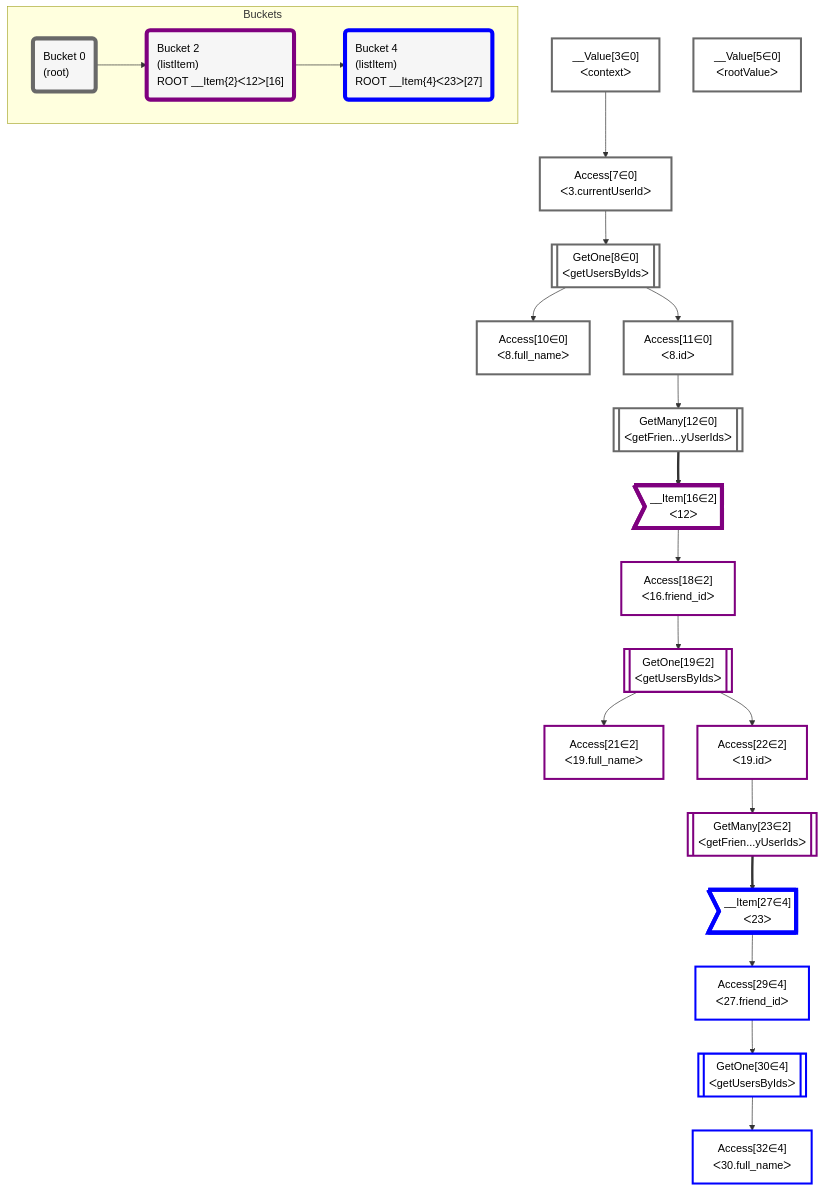
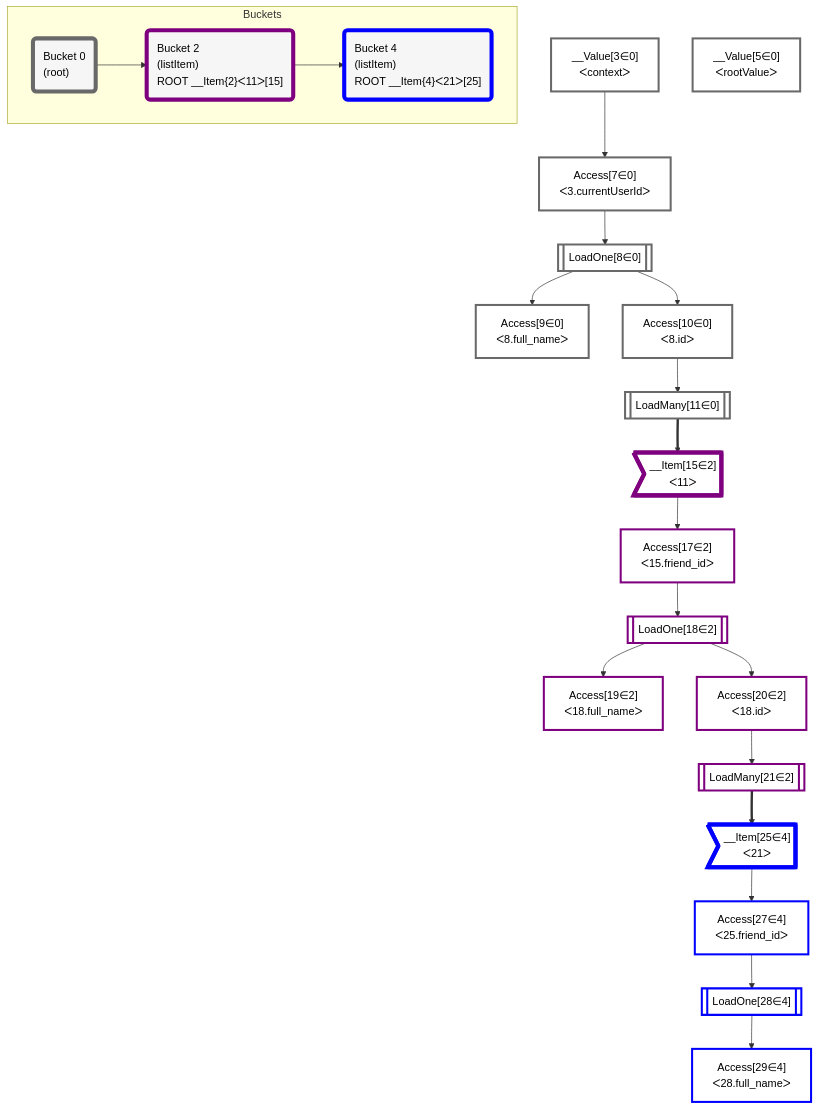
Before and after one commit to graphile/crystal: the diagram in grafast/website/examples/users-and-friends/plan.mermaid, drawn with Mermaid.

Commit message:
Update plan

```diff
--- a/grafast/website/examples/users-and-friends/plan.mermaid
+++ b/grafast/website/examples/users-and-friends/plan.mermaid
@@ -1,57 +1,57 @@
 flowchart TD
     classDef path fill:#eee,stroke:#000,color:#000
     classDef plan fill:#fff,stroke-width:3px,color:#000
     classDef itemplan fill:#fff,stroke-width:6px,color:#000
     classDef sideeffectplan fill:#f00,stroke-width:6px,color:#000
     classDef bucket fill:#f6f6f6,color:#000,stroke-width:6px,text-align:left
 
 
     %% define steps
     __Value3["__Value[3∈0]<br />ᐸcontextᐳ"]:::plan
     __Value5["__Value[5∈0]<br />ᐸrootValueᐳ"]:::plan
     Access7["Access[7∈0]<br />ᐸ3.currentUserIdᐳ"]:::plan
-    GetOne8[["GetOne[8∈0]<br />ᐸgetUsersByIdsᐳ"]]:::plan
-    Access10["Access[10∈0]<br />ᐸ8.full_nameᐳ"]:::plan
-    Access11["Access[11∈0]<br />ᐸ8.idᐳ"]:::plan
-    GetMany12[["GetMany[12∈0]<br />ᐸgetFrien...yUserIdsᐳ"]]:::plan
-    __Item16>"__Item[16∈2]<br />ᐸ12ᐳ"]:::itemplan
-    Access18["Access[18∈2]<br />ᐸ16.friend_idᐳ"]:::plan
-    GetOne19[["GetOne[19∈2]<br />ᐸgetUsersByIdsᐳ"]]:::plan
-    Access21["Access[21∈2]<br />ᐸ19.full_nameᐳ"]:::plan
-    Access22["Access[22∈2]<br />ᐸ19.idᐳ"]:::plan
-    GetMany23[["GetMany[23∈2]<br />ᐸgetFrien...yUserIdsᐳ"]]:::plan
-    __Item27>"__Item[27∈4]<br />ᐸ23ᐳ"]:::itemplan
-    Access29["Access[29∈4]<br />ᐸ27.friend_idᐳ"]:::plan
-    GetOne30[["GetOne[30∈4]<br />ᐸgetUsersByIdsᐳ"]]:::plan
-    Access32["Access[32∈4]<br />ᐸ30.full_nameᐳ"]:::plan
+    LoadOne8[["LoadOne[8∈0]"]]:::plan
+    Access9["Access[9∈0]<br />ᐸ8.full_nameᐳ"]:::plan
+    Access10["Access[10∈0]<br />ᐸ8.idᐳ"]:::plan
+    LoadMany11[["LoadMany[11∈0]"]]:::plan
+    __Item15>"__Item[15∈2]<br />ᐸ11ᐳ"]:::itemplan
+    Access17["Access[17∈2]<br />ᐸ15.friend_idᐳ"]:::plan
+    LoadOne18[["LoadOne[18∈2]"]]:::plan
+    Access19["Access[19∈2]<br />ᐸ18.full_nameᐳ"]:::plan
+    Access20["Access[20∈2]<br />ᐸ18.idᐳ"]:::plan
+    LoadMany21[["LoadMany[21∈2]"]]:::plan
+    __Item25>"__Item[25∈4]<br />ᐸ21ᐳ"]:::itemplan
+    Access27["Access[27∈4]<br />ᐸ25.friend_idᐳ"]:::plan
+    LoadOne28[["LoadOne[28∈4]"]]:::plan
+    Access29["Access[29∈4]<br />ᐸ28.full_nameᐳ"]:::plan
 
     %% plan dependencies
     __Value3 --> Access7
-    Access7 --> GetOne8
-    GetOne8 --> Access10
-    GetOne8 --> Access11
-    Access11 --> GetMany12
-    GetMany12 ==> __Item16
-    __Item16 --> Access18
-    Access18 --> GetOne19
-    GetOne19 --> Access21
-    GetOne19 --> Access22
-    Access22 --> GetMany23
-    GetMany23 ==> __Item27
-    __Item27 --> Access29
-    Access29 --> GetOne30
-    GetOne30 --> Access32
+    Access7 --> LoadOne8
+    LoadOne8 --> Access9
+    LoadOne8 --> Access10
+    Access10 --> LoadMany11
+    LoadMany11 ==> __Item15
+    __Item15 --> Access17
+    Access17 --> LoadOne18
+    LoadOne18 --> Access19
+    LoadOne18 --> Access20
+    Access20 --> LoadMany21
+    LoadMany21 ==> __Item25
+    __Item25 --> Access27
+    Access27 --> LoadOne28
+    LoadOne28 --> Access29
 
     subgraph Buckets
     Bucket0("Bucket 0<br />(root)"):::bucket
     classDef bucket0 stroke:#696969
-    class Bucket0,__Value3,__Value5,Access7,GetOne8,Access10,Access11,GetMany12 bucket0
-    Bucket2("Bucket 2<br />(listItem)<br />ROOT __Item{2}ᐸ12ᐳ[16]"):::bucket
+    class Bucket0,__Value3,__Value5,Access7,LoadOne8,Access9,Access10,LoadMany11 bucket0
+    Bucket2("Bucket 2<br />(listItem)<br />ROOT __Item{2}ᐸ11ᐳ[15]"):::bucket
     classDef bucket2 stroke:#7f007f
-    class Bucket2,__Item16,Access18,GetOne19,Access21,Access22,GetMany23 bucket2
-    Bucket4("Bucket 4<br />(listItem)<br />ROOT __Item{4}ᐸ23ᐳ[27]"):::bucket
+    class Bucket2,__Item15,Access17,LoadOne18,Access19,Access20,LoadMany21 bucket2
+    Bucket4("Bucket 4<br />(listItem)<br />ROOT __Item{4}ᐸ21ᐳ[25]"):::bucket
     classDef bucket4 stroke:#0000ff
-    class Bucket4,__Item27,Access29,GetOne30,Access32 bucket4
+    class Bucket4,__Item25,Access27,LoadOne28,Access29 bucket4
     Bucket0 --> Bucket2
     Bucket2 --> Bucket4
     end
```
